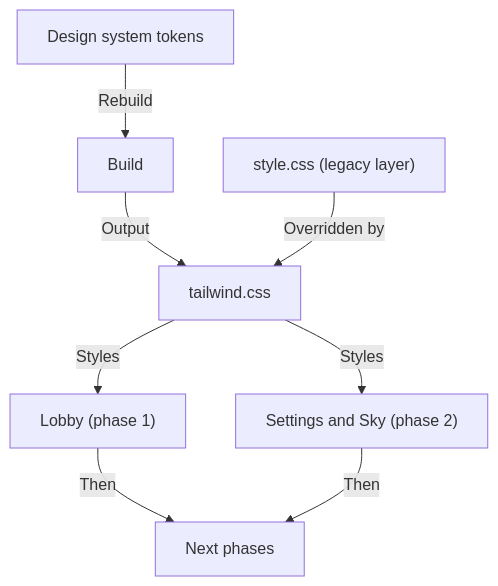
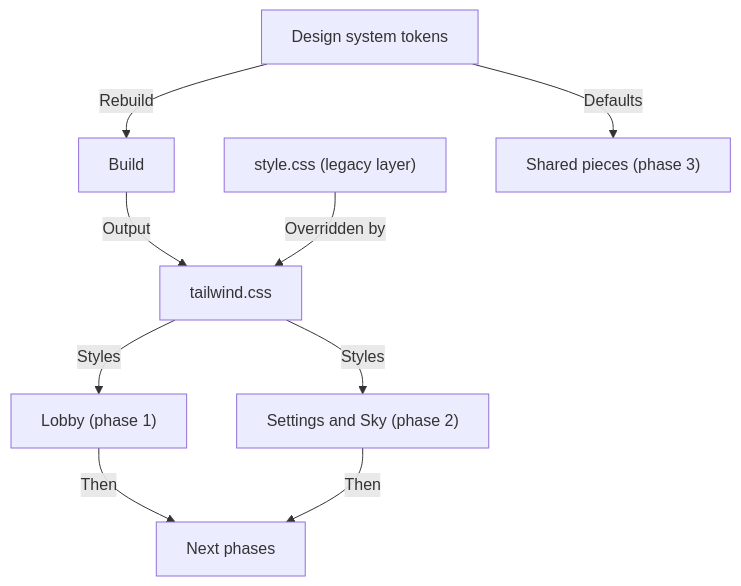
Diagram 51 of 55 in docs/app-map/FLOW-REFERENCE.md (missionode/lite), drawn with Mermaid before and after one commit. The commit also changed other lines of this file and 21 other files, not shown here.

Commit message:
feat(css): Tailwind phase 3 - shared pieces on the design system

````diff
--- a/docs/app-map/FLOW-REFERENCE.md
+++ b/docs/app-map/FLOW-REFERENCE.md
@@ -2359,17 +2359,19 @@
 ```mermaid
 flowchart TD
   tokens["Design system tokens"]
   build["Build"]
   legacy["style.css (legacy layer)"]
   tw["tailwind.css"]
   lobby["Lobby (phase 1)"]
   settings["Settings and Sky (phase 2)"]
+  shared["Shared pieces (phase 3)"]
   next["Next phases"]
   tokens -->|"Rebuild"| build
   build -->|"Output"| tw
   legacy -->|"Overridden by"| tw
   tw -->|"Styles"| lobby
   tw -->|"Styles"| settings
+  tokens -->|"Defaults"| shared
   lobby -->|"Then"| next
   settings -->|"Then"| next
 ```
````
